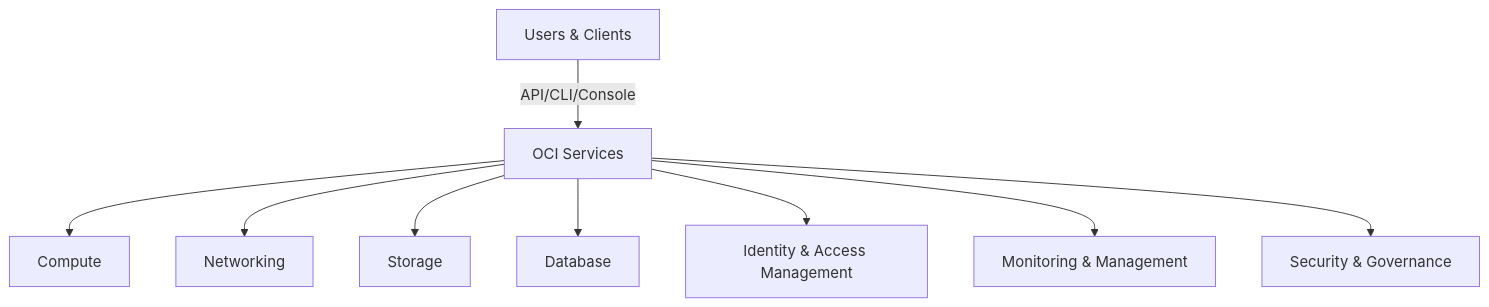
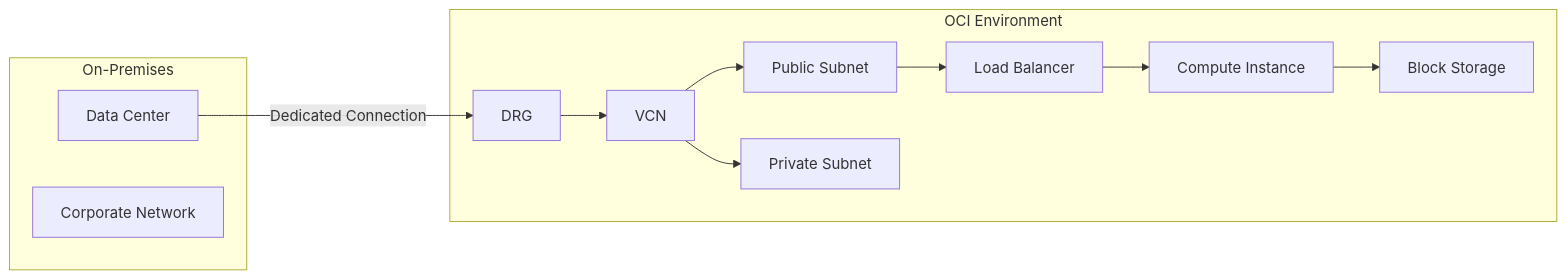
One commit to dcop7/tips_and_guides changed the diagram in cloud_oci_overview.md. Above: the diagram before and after it, drawn with Mermaid. The commit also changed other lines of this file, not shown here.

````diff
--- a/cloud_oci_overview.md
+++ b/cloud_oci_overview.md
@@ -44,11 +646,23 @@
 ```mermaid
-flowchart TD
-    A[Users & Clients] -->|API/CLI/Console| B[OCI Services]
-    B --> C[Compute]
-    B --> D[Networking]
-    B --> E[Storage]
-    B --> F[Database]
-    B --> G[Identity & Access Management]
-    B --> H[Monitoring & Management]
-    B --> I[Security & Governance]
+flowchart LR
+    subgraph "On-Premises"
+      A[Data Center] 
+      B[Corporate Network]
+    end
+    subgraph "OCI Environment"
+      C[VCN]
+      D[Public Subnet]
+      E[Private Subnet]
+      F[Compute Instance]
+      G[Block Storage]
+      H[Load Balancer]
+      I[DRG]
+    end
+    A -->|Dedicated Connection| I
+    I --> C
+    C --> D
+    C --> E
+    D --> H
+    H --> F
+    F --> G
 ```
````
